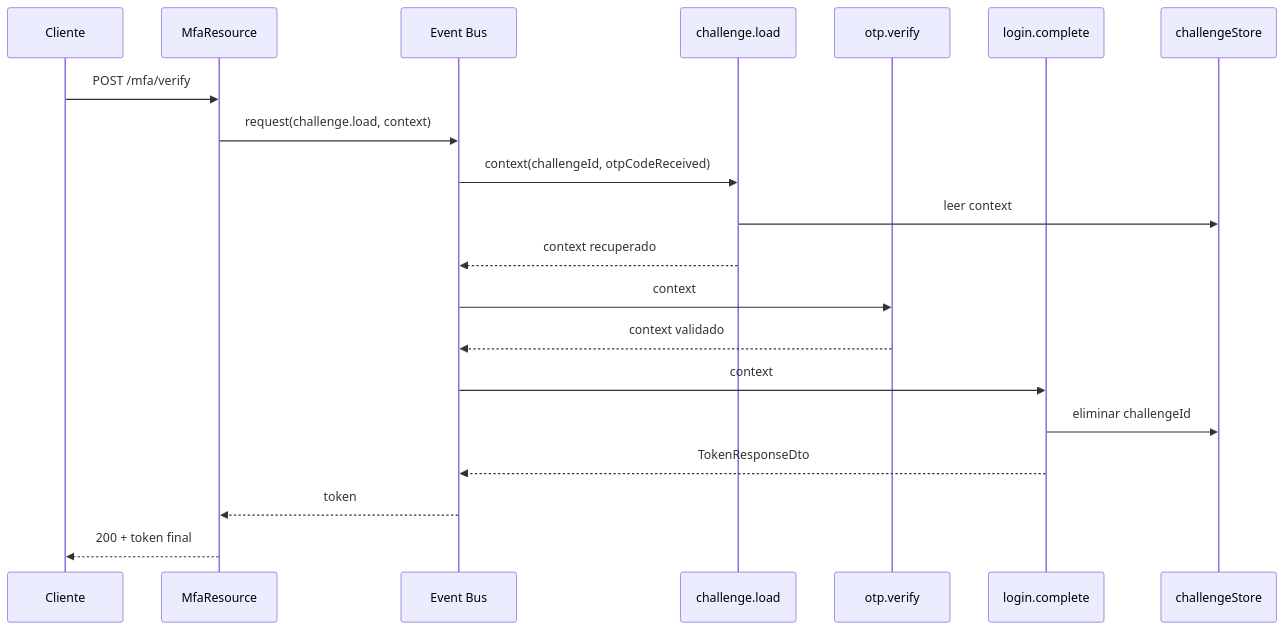
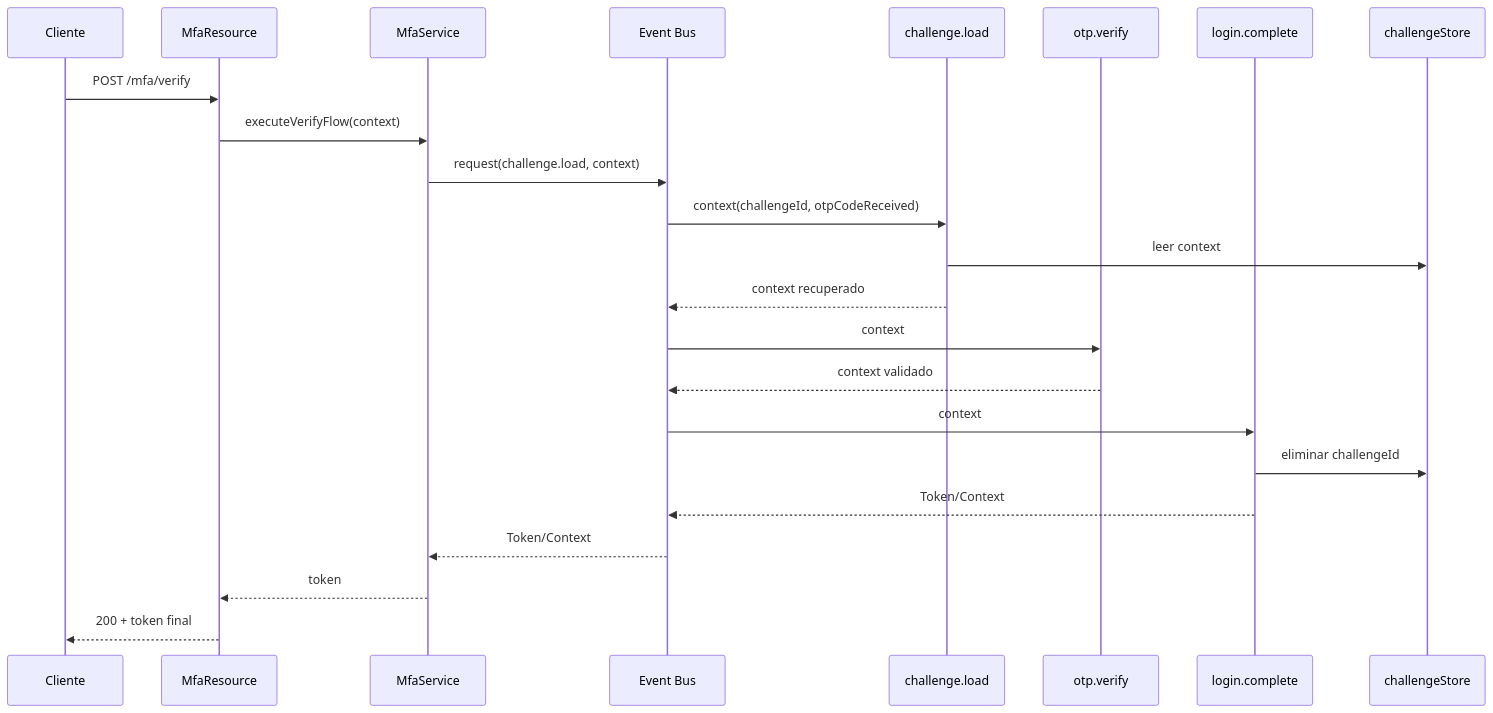
Before and after one commit to teamdroid-trainer/docs-docusaurus-trainer: diagram 18 of 19 in content/session-06-event-bus-mfa.md, drawn with Mermaid. The commit also changed other lines of this file and 7 other files, not shown here.

Commit message:
docs: division de kafka en teoria e implementacion con mdx interactivos y diagramas mermaid, resolucion de bugs de docusaurus

````diff
--- a/content/session-06-event-bus-mfa.md
+++ b/content/session-06-event-bus-mfa.md
@@ -836,23 +843,26 @@
 ```mermaid
 sequenceDiagram
     participant C as Cliente
     participant R as MfaResource
+    participant Svc as MfaService
     participant EB as Event Bus
     participant L as challenge.load
     participant V as otp.verify
     participant F as login.complete
     participant S as challengeStore
 
     C->>R: POST /mfa/verify
-    R->>EB: request(challenge.load, context)
+    R->>Svc: executeVerifyFlow(context)
+    Svc->>EB: request(challenge.load, context)
     EB->>L: context(challengeId, otpCodeReceived)
     L->>S: leer context
     L-->>EB: context recuperado
     EB->>V: context
     V-->>EB: context validado
     EB->>F: context
     F->>S: eliminar challengeId
-    F-->>EB: TokenResponseDto
-    EB-->>R: token
+    F-->>EB: Token/Context
+    EB-->>Svc: Token/Context
+    Svc-->>R: token
     R-->>C: 200 + token final
 ```
````
